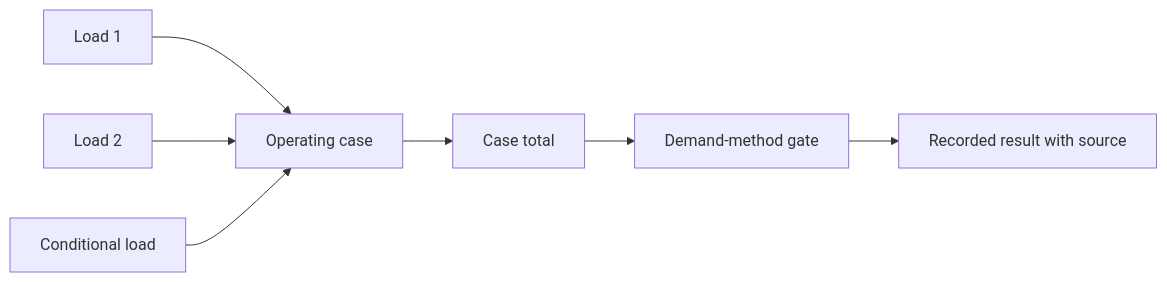
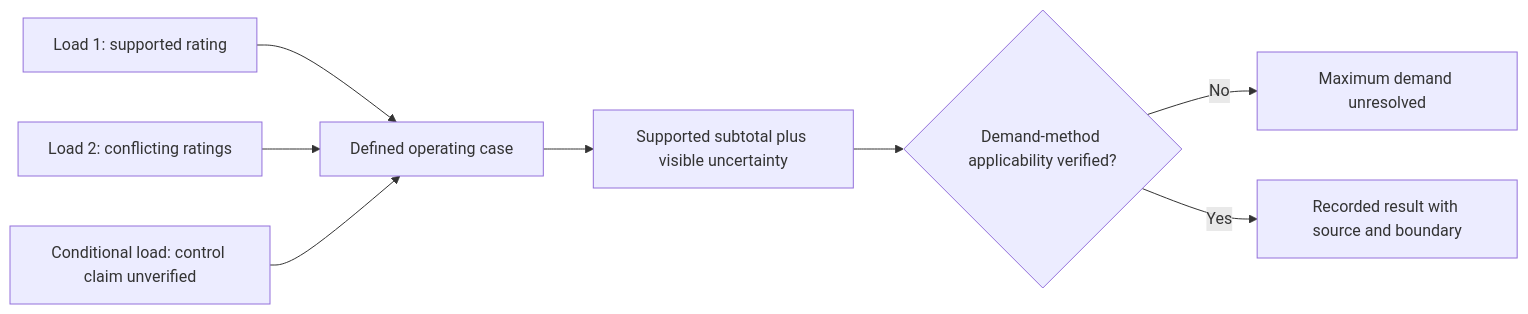
The second of 2 diagrams in docs/learning-plans/12-week/modules/day-22-load-schedules-and-maximum-demand-concepts.md (andrew3stedall/capstone), drawn with Mermaid before and after one commit. The commit also changed other lines of this file, not shown here.

Commit message:
Improve Day 22 load-demand reasoning

````diff
--- a/docs/learning-plans/12-week/modules/day-22-load-schedules-and-maximum-demand-concepts.md
+++ b/docs/learning-plans/12-week/modules/day-22-load-schedules-and-maximum-demand-concepts.md
@@ -93,9 +122,10 @@
 ```mermaid
 flowchart LR
-    L1["Load 1"] --> C["Operating case"]
-    L2["Load 2"] --> C
-    L3["Conditional load"] --> C
-    C --> T["Case total"]
-    T --> M["Demand-method gate"]
-    M --> R["Recorded result with source"]
+    L1["Load 1: supported rating"] --> C["Defined operating case"]
+    L2["Load 2: conflicting ratings"] --> C
+    L3["Conditional load: control claim unverified"] --> C
+    C --> T["Supported subtotal plus visible uncertainty"]
+    T --> M{"Demand-method applicability verified?"}
+    M -->|"No"| U["Maximum demand unresolved"]
+    M -->|"Yes"| R["Recorded result with source and boundary"]
 ```
````
